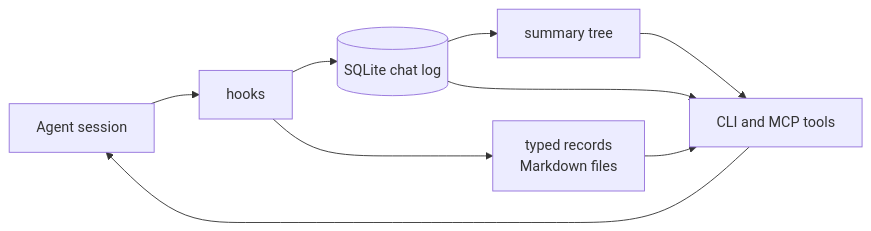
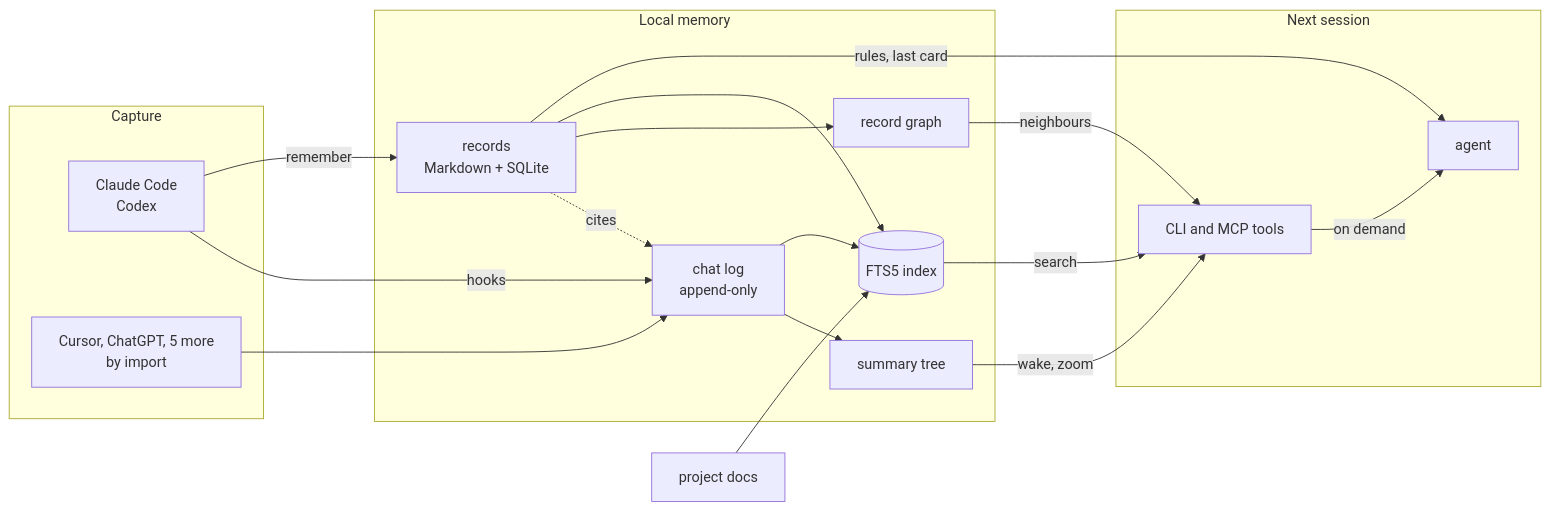
One commit to ecyx00/memrove changed the diagram in README.md. Above: the diagram before and after it, drawn with Mermaid. The commit also changed other lines of this file, not shown here.

Commit message:
docs: architecture diagram in three layers (capture, local memory, next session) and the five steps behind it

````diff
--- a/README.md
+++ b/README.md
@@ -83,11 +83,33 @@
 ```mermaid
 flowchart LR
-  A[Agent session] --> B[hooks]
-  B --> C[(SQLite chat log)]
-  C --> D[summary tree]
-  B --> E[typed records<br/>Markdown files]
-  D --> F[CLI and MCP tools]
-  E --> F
-  C --> F
-  F --> A
+  subgraph cap [Capture]
+    A[Claude Code<br/>Codex]
+    O[Cursor, ChatGPT, 5 more<br/>by import]
+  end
+  subgraph mem [Local memory]
+    L[chat log<br/>append-only]
+    T[summary tree]
+    R[records<br/>Markdown + SQLite]
+    G[record graph]
+    X[(FTS5 index)]
+  end
+  D[project docs]
+  subgraph next [Next session]
+    C[CLI and MCP tools]
+    N[agent]
+  end
+  A -->|hooks| L
+  O --> L
+  A -->|remember| R
+  L --> T
+  R -.->|cites| L
+  R --> G
+  L --> X
+  R --> X
+  D --> X
+  X -->|search| C
+  T -->|wake, zoom| C
+  G -->|neighbours| C
+  C -->|on demand| N
+  R -->|rules, last card| N
 ```
````
